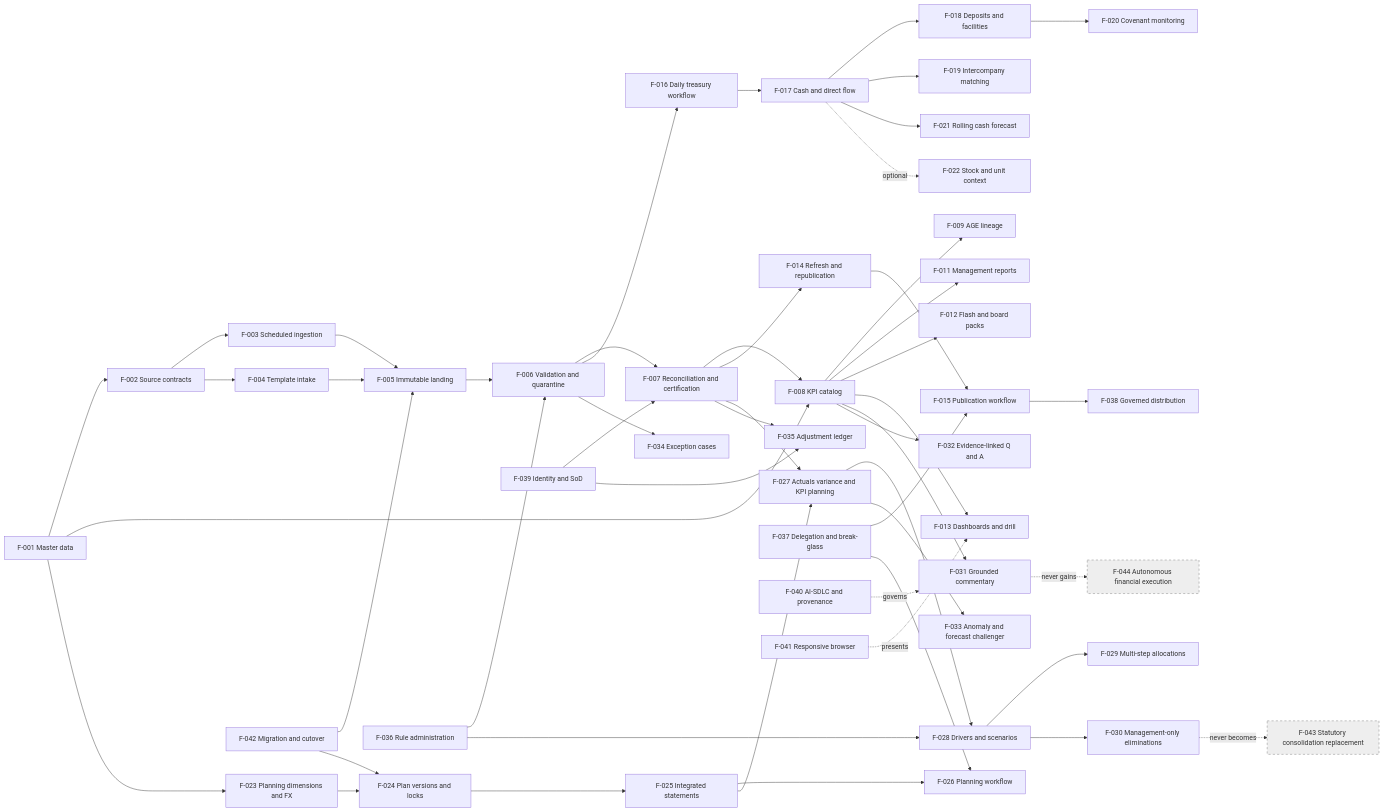
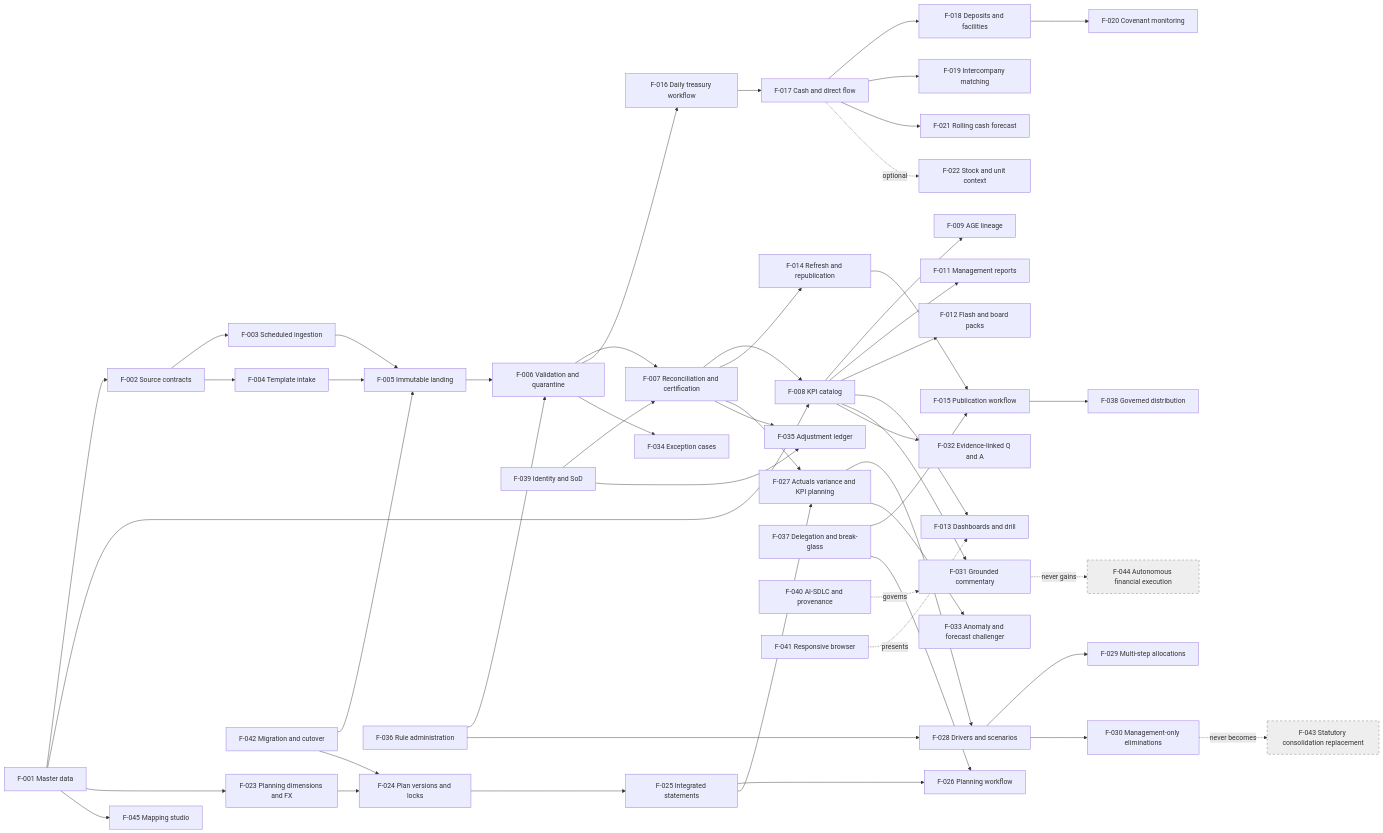
Before and after one commit to ivenkwan/epm_bp: the first of 9 diagrams in docs/AI_Empowered_Financial_Management_PRD.md, drawn with Mermaid. The commit also changed other lines of this file and 5 other files, not shown here.

Commit message:
docs(plan): add mapping studio requirement F-045 and Task 57

````diff
--- a/docs/AI_Empowered_Financial_Management_PRD.md
+++ b/docs/AI_Empowered_Financial_Management_PRD.md
@@ -187,55 +188,56 @@
 ```mermaid
 flowchart LR
     F001[F-001 Master data] --> F002[F-002 Source contracts]
     F002 --> F003[F-003 Scheduled ingestion]
     F002 --> F004[F-004 Template intake]
     F003 --> F005[F-005 Immutable landing]
     F004 --> F005
     F005 --> F006[F-006 Validation and quarantine]
     F006 --> F007[F-007 Reconciliation and certification]
     F001 --> F008[F-008 KPI catalog]
     F007 --> F008
     F008 --> F009[F-009 AGE lineage]
     F008 --> F011[F-011 Management reports]
     F008 --> F012[F-012 Flash and board packs]
     F008 --> F013[F-013 Dashboards and drill]
     F007 --> F014[F-014 Refresh and republication]
     F014 --> F015[F-015 Publication workflow]
     F016[F-016 Daily treasury workflow] --> F017[F-017 Cash and direct flow]
     F006 --> F016
     F017 --> F018[F-018 Deposits and facilities]
     F017 --> F019[F-019 Intercompany matching]
     F018 --> F020[F-020 Covenant monitoring]
     F017 --> F021[F-021 Rolling cash forecast]
     F017 -. optional .-> F022[F-022 Stock and unit context]
     F001 --> F023[F-023 Planning dimensions and FX]
     F023 --> F024[F-024 Plan versions and locks]
     F024 --> F025[F-025 Integrated statements]
     F025 --> F026[F-026 Planning workflow]
     F007 --> F027[F-027 Actuals variance and KPI planning]
     F025 --> F027
     F027 --> F028[F-028 Drivers and scenarios]
     F028 --> F029[F-029 Multi-step allocations]
     F028 --> F030[F-030 Management-only eliminations]
     F008 --> F031[F-031 Grounded commentary]
     F008 --> F032[F-032 Evidence-linked Q and A]
     F027 --> F033[F-033 Anomaly and forecast challenger]
     F006 --> F034[F-034 Exception cases]
     F007 --> F035[F-035 Adjustment ledger]
     F036[F-036 Rule administration] --> F006
     F036 --> F028
     F037[F-037 Delegation and break-glass] --> F015
     F037 --> F026
     F015 --> F038[F-038 Governed distribution]
     F039[F-039 Identity and SoD] --> F007
     F039 --> F035
     F040[F-040 AI-SDLC and provenance] -. governs .-> F031
     F041[F-041 Responsive browser] -. presents .-> F013
     F042[F-042 Migration and cutover] --> F005
     F042 --> F024
+    F001 --> F045[F-045 Mapping studio]
     F043[F-043 Statutory consolidation replacement]:::wont
     F044[F-044 Autonomous financial execution]:::wont
     F030 -. never becomes .-> F043
     F031 -. never gains .-> F044
     classDef wont fill:#eee,stroke:#777,stroke-dasharray:5 5;
 ```
````
